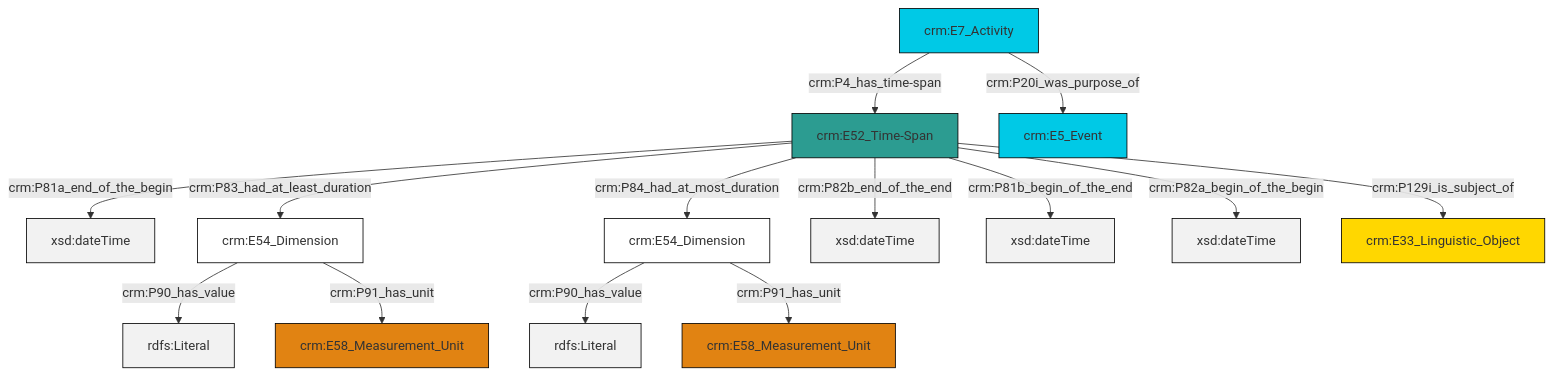
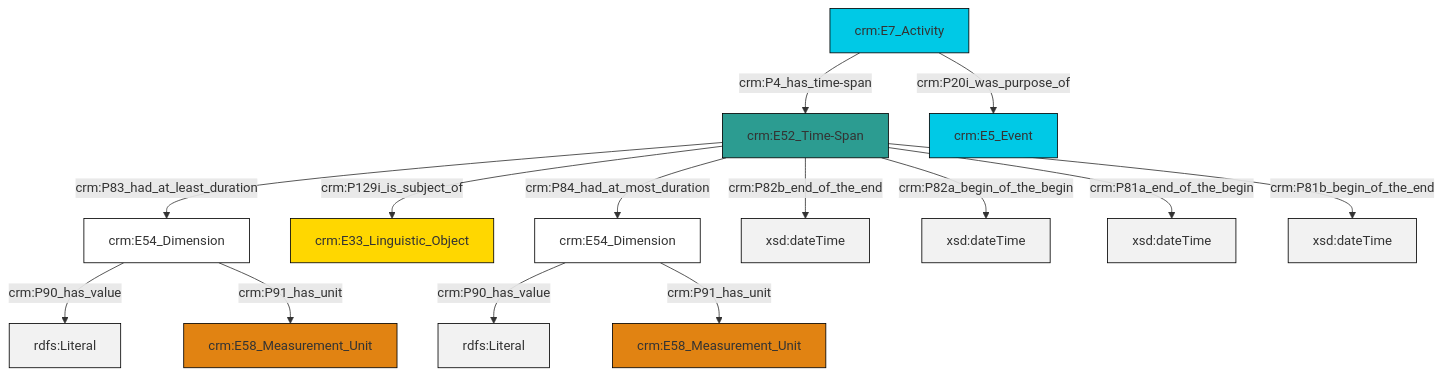
One commit to swiss-art-research-net/reference-data-models changed the diagram in et/eventCSV/ttl/mmd/event_existence.ttl.mmd. Above: the diagram before and after it, drawn with Mermaid. The commit also changed 128 other files, not shown here.

```diff
--- a/et/eventCSV/ttl/mmd/event_existence.ttl.mmd
+++ b/et/eventCSV/ttl/mmd/event_existence.ttl.mmd
@@ -1,28 +1,28 @@
 graph TD
 classDef Literal fill:#f2f2f2,stroke:#000000;
 classDef CRM_Entity fill:#FFFFFF,stroke:#000000;
 classDef Temporal_Entity fill:#00C9E6, stroke:#000000;
 classDef Type fill:#E18312, stroke:#000000;
 classDef Time-Span fill:#2C9C91, stroke:#000000;
 classDef Appellation fill:#FFEB7F, stroke:#000000;
 classDef Place fill:#008836, stroke:#000000;
 classDef Persistent_Item fill:#B266B2, stroke:#000000;
 classDef Conceptual_Object fill:#FFD700, stroke:#000000;
 classDef Physical_Thing fill:#D2B48C, stroke:#000000;
 classDef Actor fill:#f58aad, stroke:#000000;
 classDef PC_Classes fill:#4ce600, stroke:#000000;
 classDef Multi fill:#cccccc,stroke:#000000;
 
-2["crm:E52_Time-Span"]:::Time-Span -->|crm:P81a_end_of_the_begin| 3[xsd:dateTime]:::Literal
-6["crm:E54_Dimension"]:::CRM_Entity -->|crm:P90_has_value| 7[rdfs:Literal]:::Literal
-2["crm:E52_Time-Span"]:::Time-Span -->|crm:P82b_end_of_the_end| 8[xsd:dateTime]:::Literal
-2["crm:E52_Time-Span"]:::Time-Span -->|crm:P81b_begin_of_the_end| 9[xsd:dateTime]:::Literal
-2["crm:E52_Time-Span"]:::Time-Span -->|crm:P82a_begin_of_the_begin| 10[xsd:dateTime]:::Literal
-6["crm:E54_Dimension"]:::CRM_Entity -->|crm:P91_has_unit| 11["crm:E58_Measurement_Unit"]:::Type
-0["crm:E7_Activity"]:::Temporal_Entity -->|crm:P20i_was_purpose_of| 12["crm:E5_Event"]:::Temporal_Entity
-2["crm:E52_Time-Span"]:::Time-Span -->|crm:P129i_is_subject_of| 16["crm:E33_Linguistic_Object"]:::Conceptual_Object
-0["crm:E7_Activity"]:::Temporal_Entity -->|crm:P4_has_time-span| 2["crm:E52_Time-Span"]:::Time-Span
-4["crm:E54_Dimension"]:::CRM_Entity -->|crm:P90_has_value| 17[rdfs:Literal]:::Literal
-2["crm:E52_Time-Span"]:::Time-Span -->|crm:P83_had_at_least_duration| 6["crm:E54_Dimension"]:::CRM_Entity
-2["crm:E52_Time-Span"]:::Time-Span -->|crm:P84_had_at_most_duration| 4["crm:E54_Dimension"]:::CRM_Entity
-4["crm:E54_Dimension"]:::CRM_Entity -->|crm:P91_has_unit| 14["crm:E58_Measurement_Unit"]:::Type
+6["crm:E52_Time-Span"]:::Time-Span -->|crm:P83_had_at_least_duration| 7["crm:E54_Dimension"]:::CRM_Entity
+11["crm:E7_Activity"]:::Temporal_Entity -->|crm:P4_has_time-span| 6["crm:E52_Time-Span"]:::Time-Span
+6["crm:E52_Time-Span"]:::Time-Span -->|crm:P82b_end_of_the_end| 12[xsd:dateTime]:::Literal
+6["crm:E52_Time-Span"]:::Time-Span -->|crm:P129i_is_subject_of| 4["crm:E33_Linguistic_Object"]:::Conceptual_Object
+2["crm:E54_Dimension"]:::CRM_Entity -->|crm:P90_has_value| 14[rdfs:Literal]:::Literal
+6["crm:E52_Time-Span"]:::Time-Span -->|crm:P82a_begin_of_the_begin| 15[xsd:dateTime]:::Literal
+6["crm:E52_Time-Span"]:::Time-Span -->|crm:P81a_end_of_the_begin| 18[xsd:dateTime]:::Literal
+6["crm:E52_Time-Span"]:::Time-Span -->|crm:P84_had_at_most_duration| 2["crm:E54_Dimension"]:::CRM_Entity
+11["crm:E7_Activity"]:::Temporal_Entity -->|crm:P20i_was_purpose_of| 9["crm:E5_Event"]:::Temporal_Entity
+6["crm:E52_Time-Span"]:::Time-Span -->|crm:P81b_begin_of_the_end| 20[xsd:dateTime]:::Literal
+7["crm:E54_Dimension"]:::CRM_Entity -->|crm:P90_has_value| 21[rdfs:Literal]:::Literal
+2["crm:E54_Dimension"]:::CRM_Entity -->|crm:P91_has_unit| 16["crm:E58_Measurement_Unit"]:::Type
+7["crm:E54_Dimension"]:::CRM_Entity -->|crm:P91_has_unit| 0["crm:E58_Measurement_Unit"]:::Type
```
